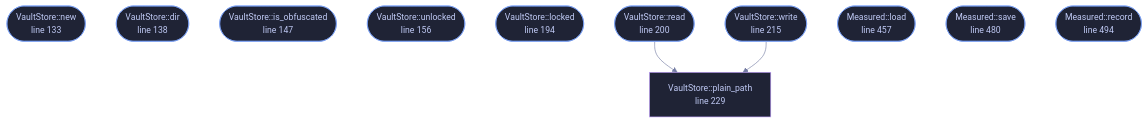
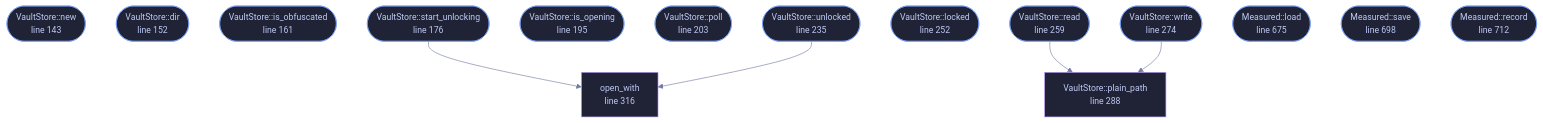
The diagram in docs/files/veilvoice-gui/vault_store.md (tilas01/veilvoice), drawn with Mermaid before and after one commit. The commit also changed other lines of this file and 28 other files, not shown here.

````diff
--- a/docs/files/veilvoice-gui/vault_store.md
+++ b/docs/files/veilvoice-gui/vault_store.md
@@ -115,32 +120,42 @@
 ```mermaid
 %%{init: {"theme":"base","themeVariables":{"background":"#1a1b26","primaryColor":"#1f2335","primaryTextColor":"#c0caf5","primaryBorderColor":"#7aa2f7","secondaryColor":"#16161e","tertiaryColor":"#16161e","lineColor":"#737aa2","textColor":"#c0caf5","mainBkg":"#1f2335","nodeBorder":"#7aa2f7","clusterBkg":"#16161e","clusterBorder":"#2f3549","fontFamily":"ui-monospace, SFMono-Regular, Consolas, monospace","fontSize":"14px"}}}%%
 flowchart TD
-    n_new(["VaultStore::new<br/>line 133"])
-    n_dir(["VaultStore::dir<br/>line 138"])
-    n_is_obfuscated(["VaultStore::is_obfuscated<br/>line 147"])
-    n_unlocked(["VaultStore::unlocked<br/>line 156"])
-    n_locked(["VaultStore::locked<br/>line 194"])
-    n_read(["VaultStore::read<br/>line 200"])
-    n_write(["VaultStore::write<br/>line 215"])
-    n_plain_path["VaultStore::plain_path<br/>line 229"]
-    n_load(["Measured::load<br/>line 457"])
-    n_save(["Measured::save<br/>line 480"])
-    n_record(["Measured::record<br/>line 494"])
+    n_new(["VaultStore::new<br/>line 143"])
+    n_dir(["VaultStore::dir<br/>line 152"])
+    n_is_obfuscated(["VaultStore::is_obfuscated<br/>line 161"])
+    n_start_unlocking(["VaultStore::start_unlocking<br/>line 176"])
+    n_is_opening(["VaultStore::is_opening<br/>line 195"])
+    n_poll(["VaultStore::poll<br/>line 203"])
+    n_unlocked(["VaultStore::unlocked<br/>line 235"])
+    n_locked(["VaultStore::locked<br/>line 252"])
+    n_read(["VaultStore::read<br/>line 259"])
+    n_write(["VaultStore::write<br/>line 274"])
+    n_plain_path["VaultStore::plain_path<br/>line 288"]
+    n_open_with["open_with<br/>line 316"]
+    n_load(["Measured::load<br/>line 675"])
+    n_save(["Measured::save<br/>line 698"])
+    n_record(["Measured::record<br/>line 712"])
     n_read --> n_plain_path
+    n_start_unlocking --> n_open_with
+    n_unlocked --> n_open_with
     n_write --> n_plain_path
-    click n_new href "https://github.com/tilas01/veilvoice/blob/main/crates/veilvoice-gui/src/vault_store.rs#L133" "open the source"
-    click n_dir href "https://github.com/tilas01/veilvoice/blob/main/crates/veilvoice-gui/src/vault_store.rs#L138" "open the source"
-    click n_is_obfuscated href "https://github.com/tilas01/veilvoice/blob/main/crates/veilvoice-gui/src/vault_store.rs#L147" "open the source"
-    click n_unlocked href "https://github.com/tilas01/veilvoice/blob/main/crates/veilvoice-gui/src/vault_store.rs#L156" "open the source"
-    click n_locked href "https://github.com/tilas01/veilvoice/blob/main/crates/veilvoice-gui/src/vault_store.rs#L194" "open the source"
-    click n_read href "https://github.com/tilas01/veilvoice/blob/main/crates/veilvoice-gui/src/vault_store.rs#L200" "open the source"
-    click n_write href "https://github.com/tilas01/veilvoice/blob/main/crates/veilvoice-gui/src/vault_store.rs#L215" "open the source"
-    click n_plain_path href "https://github.com/tilas01/veilvoice/blob/main/crates/veilvoice-gui/src/vault_store.rs#L229" "open the source"
-    click n_load href "https://github.com/tilas01/veilvoice/blob/main/crates/veilvoice-gui/src/vault_store.rs#L457" "open the source"
-    click n_save href "https://github.com/tilas01/veilvoice/blob/main/crates/veilvoice-gui/src/vault_store.rs#L480" "open the source"
-    click n_record href "https://github.com/tilas01/veilvoice/blob/main/crates/veilvoice-gui/src/vault_store.rs#L494" "open the source"
+    click n_new href "https://github.com/tilas01/veilvoice/blob/main/crates/veilvoice-gui/src/vault_store.rs#L143" "open the source"
+    click n_dir href "https://github.com/tilas01/veilvoice/blob/main/crates/veilvoice-gui/src/vault_store.rs#L152" "open the source"
+    click n_is_obfuscated href "https://github.com/tilas01/veilvoice/blob/main/crates/veilvoice-gui/src/vault_store.rs#L161" "open the source"
+    click n_start_unlocking href "https://github.com/tilas01/veilvoice/blob/main/crates/veilvoice-gui/src/vault_store.rs#L176" "open the source"
+    click n_is_opening href "https://github.com/tilas01/veilvoice/blob/main/crates/veilvoice-gui/src/vault_store.rs#L195" "open the source"
+    click n_poll href "https://github.com/tilas01/veilvoice/blob/main/crates/veilvoice-gui/src/vault_store.rs#L203" "open the source"
+    click n_unlocked href "https://github.com/tilas01/veilvoice/blob/main/crates/veilvoice-gui/src/vault_store.rs#L235" "open the source"
+    click n_locked href "https://github.com/tilas01/veilvoice/blob/main/crates/veilvoice-gui/src/vault_store.rs#L252" "open the source"
+    click n_read href "https://github.com/tilas01/veilvoice/blob/main/crates/veilvoice-gui/src/vault_store.rs#L259" "open the source"
+    click n_write href "https://github.com/tilas01/veilvoice/blob/main/crates/veilvoice-gui/src/vault_store.rs#L274" "open the source"
+    click n_plain_path href "https://github.com/tilas01/veilvoice/blob/main/crates/veilvoice-gui/src/vault_store.rs#L288" "open the source"
+    click n_open_with href "https://github.com/tilas01/veilvoice/blob/main/crates/veilvoice-gui/src/vault_store.rs#L316" "open the source"
+    click n_load href "https://github.com/tilas01/veilvoice/blob/main/crates/veilvoice-gui/src/vault_store.rs#L675" "open the source"
+    click n_save href "https://github.com/tilas01/veilvoice/blob/main/crates/veilvoice-gui/src/vault_store.rs#L698" "open the source"
+    click n_record href "https://github.com/tilas01/veilvoice/blob/main/crates/veilvoice-gui/src/vault_store.rs#L712" "open the source"
     classDef entry fill:#1f2335,stroke:#7aa2f7,color:#c0caf5
-    class n_new,n_dir,n_is_obfuscated,n_unlocked,n_locked,n_read,n_write,n_load,n_save,n_record entry
+    class n_new,n_dir,n_is_obfuscated,n_start_unlocking,n_is_opening,n_poll,n_unlocked,n_locked,n_read,n_write,n_load,n_save,n_record entry
     classDef helper fill:#1f2335,stroke:#bb9af7,color:#c0caf5
-    class n_plain_path helper
+    class n_plain_path,n_open_with helper
 ```
````
